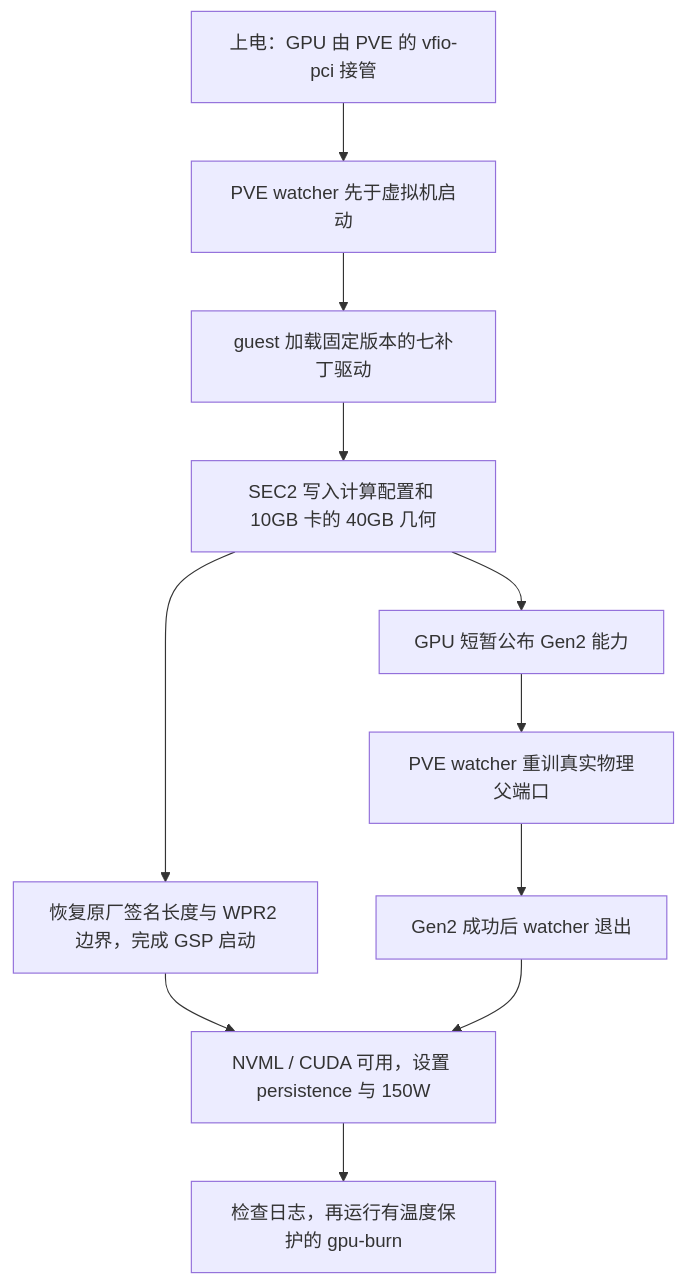
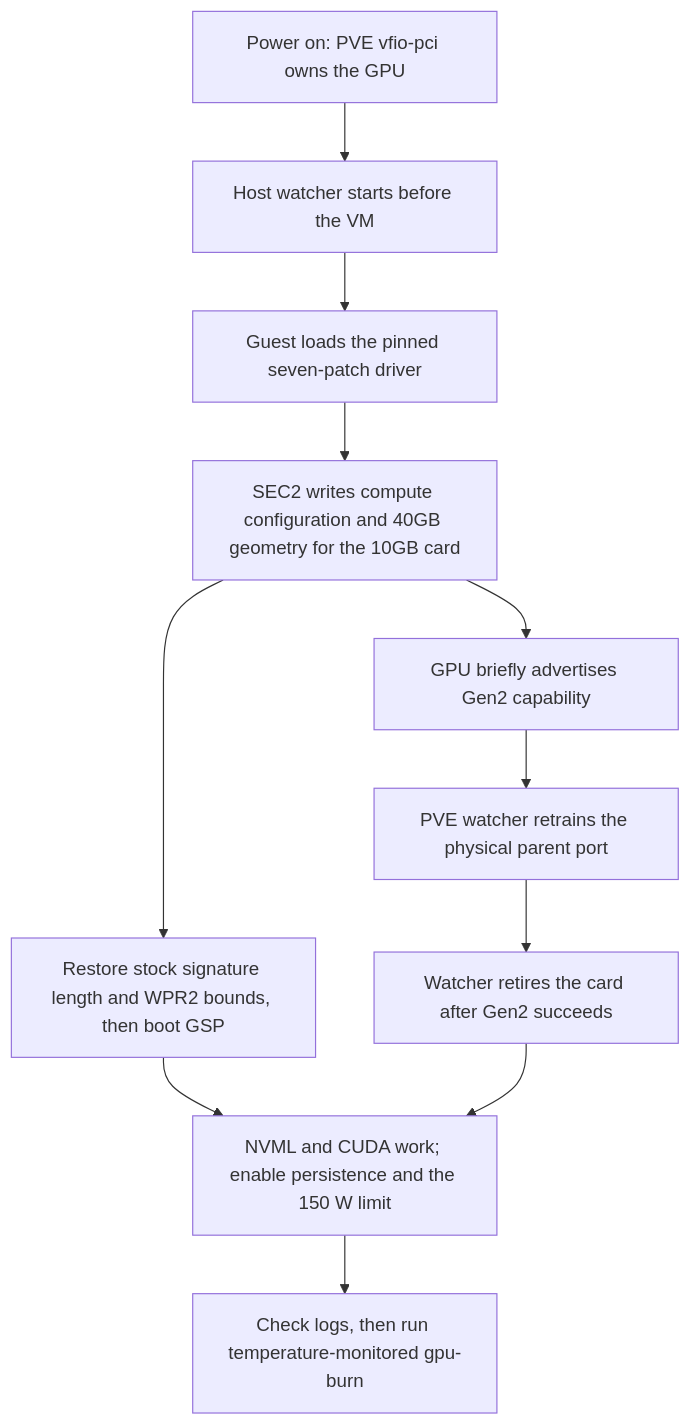
Before and after one commit to Ciender/cmp170hx-40gb-proxmox-guide: the diagram in README.md, drawn with Mermaid. The commit also changed other lines of this file and 15 other files, not shown here.

````diff
--- a/README.md
+++ b/README.md
@@ -52,13 +54,13 @@
 ```mermaid
 flowchart TD
-    A[上电：GPU 由 PVE 的 vfio-pci 接管] --> B[PVE watcher 先于虚拟机启动]
-    B --> C[guest 加载固定版本的七补丁驱动]
-    C --> D[SEC2 写入计算配置和 10GB 卡的 40GB 几何]
-    D --> E[恢复原厂签名长度与 WPR2 边界，完成 GSP 启动]
-    D --> F[GPU 短暂公布 Gen2 能力]
-    F --> G[PVE watcher 重训真实物理父端口]
-    G --> H[Gen2 成功后 watcher 退出]
-    E --> I[NVML / CUDA 可用，设置 persistence 与 150W]
+    A[Power on: PVE vfio-pci owns the GPU] --> B[Host watcher starts before the VM]
+    B --> C[Guest loads the pinned seven-patch driver]
+    C --> D[SEC2 writes compute configuration and 40GB geometry for the 10GB card]
+    D --> E[Restore stock signature length and WPR2 bounds, then boot GSP]
+    D --> F[GPU briefly advertises Gen2 capability]
+    F --> G[PVE watcher retrains the physical parent port]
+    G --> H[Watcher retires the card after Gen2 succeeds]
+    E --> I[NVML and CUDA work; enable persistence and the 150 W limit]
     H --> I
-    I --> J[检查日志，再运行有温度保护的 gpu-burn]
+    I --> J[Check logs, then run temperature-monitored gpu-burn]
 ```
````
